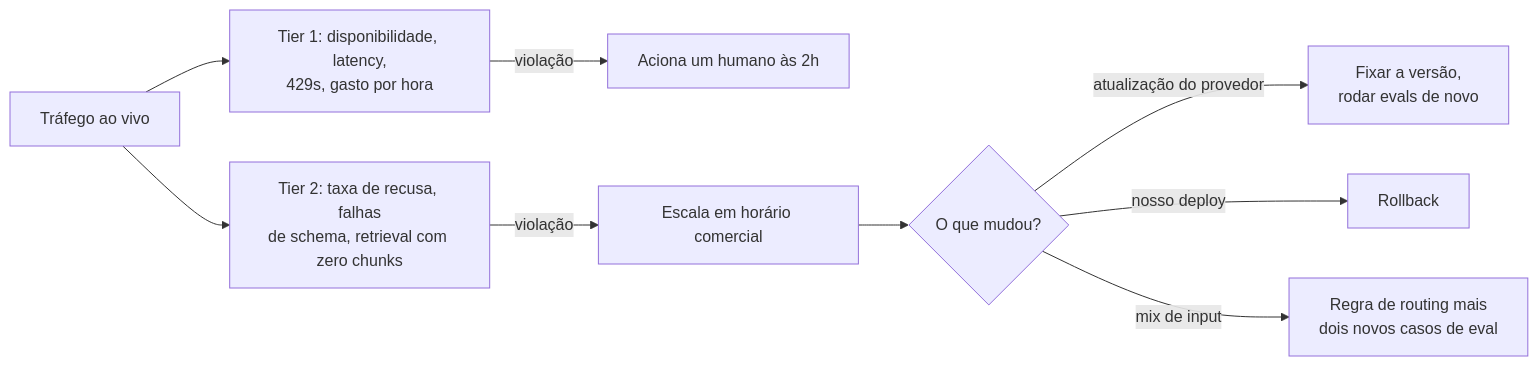
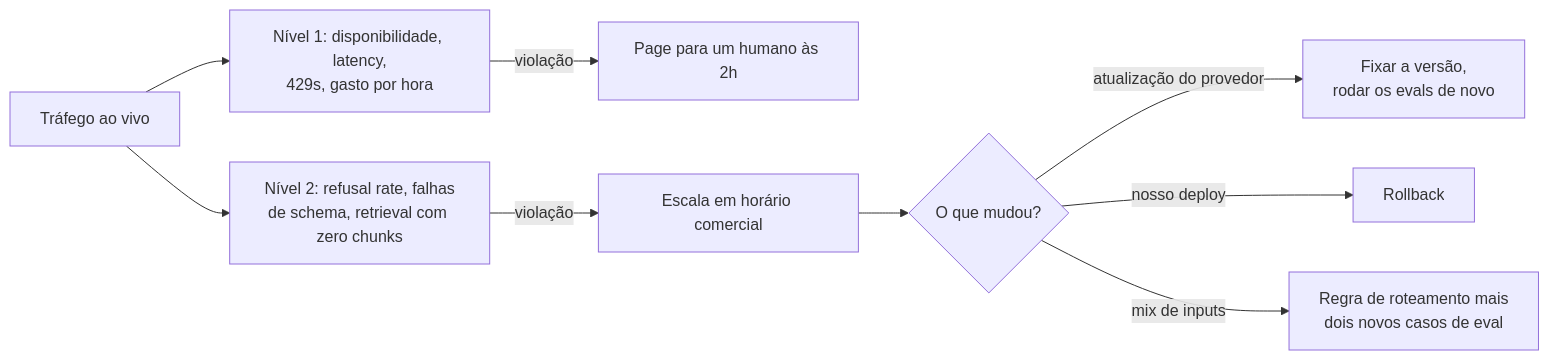
Before and after one commit to andrevberaldo/AI-Engineer-Interview-Questions: the seventh of 13 diagrams in 13-interview-process-and-behavioral/questions.pt-BR.md, drawn with Mermaid. The commit also changed other lines of this file and 1 other file, not shown here.

````diff
--- a/13-interview-process-and-behavioral/questions.pt-BR.md
+++ b/13-interview-process-and-behavioral/questions.pt-BR.md
@@ -484,11 +484,11 @@
 ```mermaid
 flowchart LR
-    A["Tráfego ao vivo"] --> B["Tier 1: disponibilidade, latency,<br/>429s, gasto por hora"]
-    A --> C["Tier 2: taxa de recusa, falhas<br/>de schema, retrieval com zero chunks"]
-    B -->|"violação"| D["Aciona um humano às 2h"]
+    A["Tráfego ao vivo"] --> B["Nível 1: disponibilidade, latency,<br/>429s, gasto por hora"]
+    A --> C["Nível 2: refusal rate, falhas<br/>de schema, retrieval com zero chunks"]
+    B -->|"violação"| D["Page para um humano às 2h"]
     C -->|"violação"| E["Escala em horário comercial"]
     E --> F{"O que mudou?"}
-    F -->|"atualização do provedor"| G["Fixar a versão,<br/>rodar evals de novo"]
+    F -->|"atualização do provedor"| G["Fixar a versão,<br/>rodar os evals de novo"]
     F -->|"nosso deploy"| H["Rollback"]
-    F -->|"mix de input"| I["Regra de routing mais<br/>dois novos casos de eval"]
+    F -->|"mix de inputs"| I["Regra de roteamento mais<br/>dois novos casos de eval"]
 ```
````
